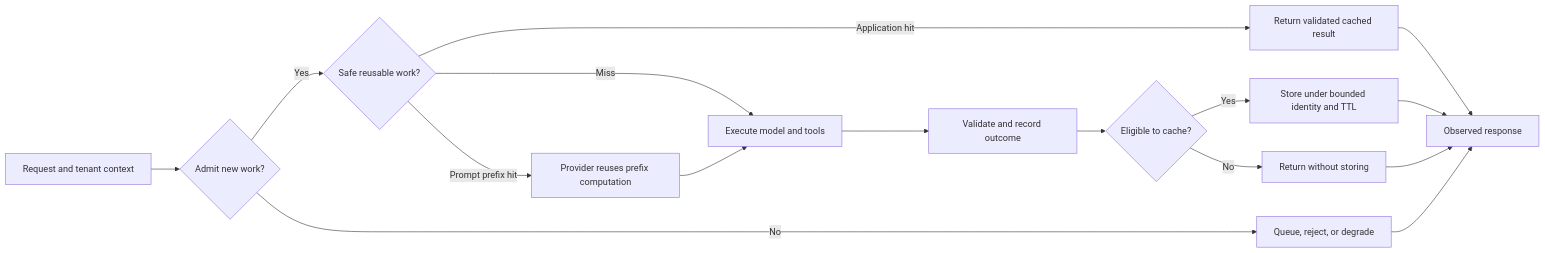
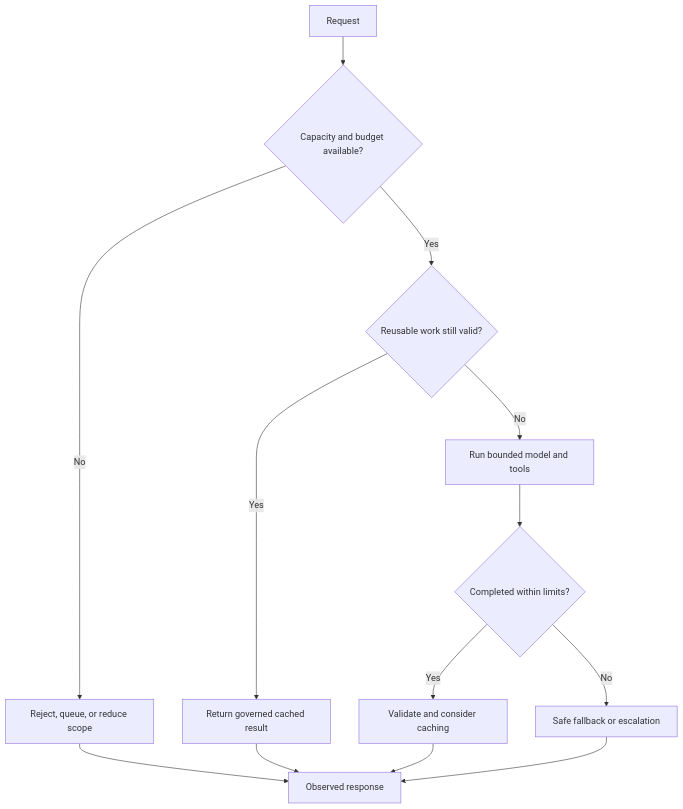
One commit to senlinyy/dev-roadmaps changed the first of 8 diagrams in roadmaps/mlops/modules/llmops/cost-and-deployment/02-caching-and-limits.md. Above: the diagram before and after it, drawn with Mermaid. The commit also changed other lines of this file and 198 other files, not shown here.

````diff
--- a/roadmaps/mlops/modules/llmops/cost-and-deployment/02-caching-and-limits.md
+++ b/roadmaps/mlops/modules/llmops/cost-and-deployment/02-caching-and-limits.md
@@ -21,18 +41,15 @@
 ```mermaid
-flowchart LR
-    R["Request and tenant context"] --> A{"Admit new work?"}
-    A -->|No| D["Queue, reject, or degrade"]
-    A -->|Yes| C{"Safe reusable work?"}
-    C -->|Prompt prefix hit| P["Provider reuses prefix computation"]
-    C -->|Application hit| H["Return validated cached result"]
-    C -->|Miss| E["Execute model and tools"]
-    P --> E
-    E --> V["Validate and record outcome"]
-    V --> W{"Eligible to cache?"}
-    W -->|Yes| S["Store under bounded identity and TTL"]
-    W -->|No| X["Return without storing"]
-    H --> O["Observed response"]
-    S --> O
-    X --> O
-    D --> O
+flowchart TD
+    A["Request"] --> B{"Capacity and budget available?"}
+    B -->|No| C["Reject, queue, or reduce scope"]
+    B -->|Yes| D{"Reusable work still valid?"}
+    D -->|Yes| E["Return governed cached result"]
+    D -->|No| F["Run bounded model and tools"]
+    F --> G{"Completed within limits?"}
+    G -->|Yes| H["Validate and consider caching"]
+    G -->|No| I["Safe fallback or escalation"]
+    H --> J["Observed response"]
+    E --> J
+    C --> J
+    I --> J
 ```
````
